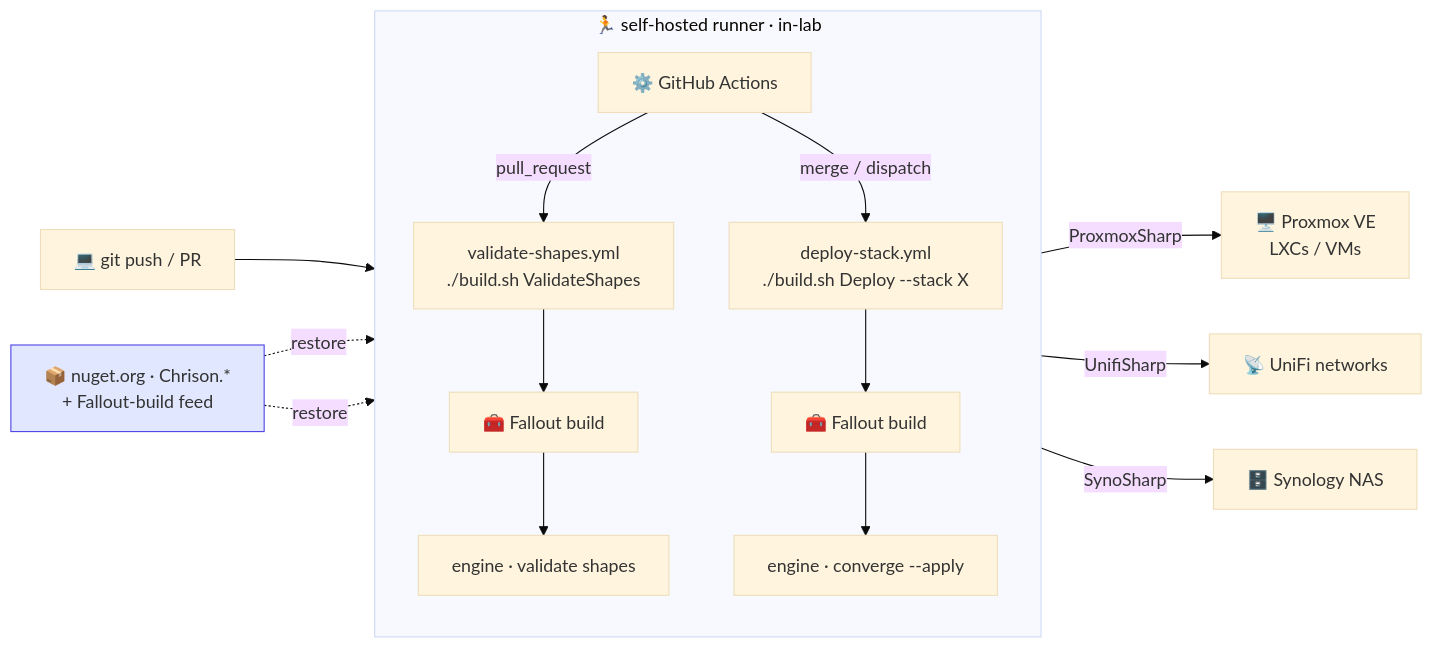
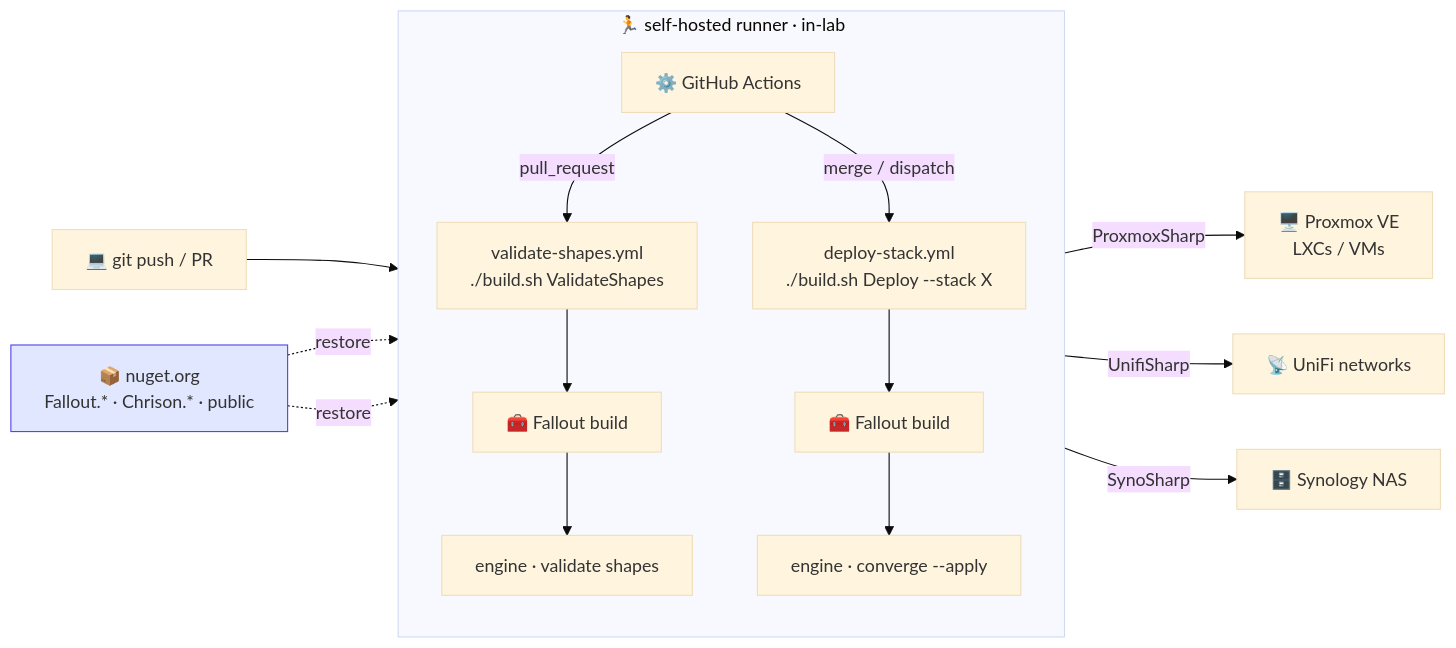
One commit to Chrison-Homelab/Homelab changed the second of 3 diagrams in README.md. Above: the diagram before and after it, drawn with Mermaid (base theme). The commit also changed other lines of this file and 11 other files, not shown here.

Commit message:
Move the build to Fallout 10.4.0 and drop the GitHub Packages feed

````diff
--- a/README.md
+++ b/README.md
@@ -66,24 +66,24 @@
 ```mermaid
 flowchart LR
   Dev["💻 git push / PR"] --> GHA["⚙️ GitHub Actions"]
 
   subgraph Runner["🏃 self-hosted runner · in-lab"]
     direction TB
     GHA -->|"pull_request"| VAL["validate-shapes.yml<br/>./build.sh ValidateShapes"]
     GHA -->|"merge / dispatch"| DEP["deploy-stack.yml<br/>./build.sh Deploy --stack X"]
     VAL --> FO1["🧰 Fallout build"]
     DEP --> FO2["🧰 Fallout build"]
     FO1 --> ENGV["engine · validate shapes"]
     FO2 --> ENGC["engine · converge --apply"]
   end
 
-  FEEDS["📦 nuget.org · Chrison.*<br/>+ Fallout-build feed"] -. restore .-> FO1
+  FEEDS["📦 nuget.org<br/>Fallout.* · Chrison.* · public"] -. restore .-> FO1
   FEEDS -. restore .-> FO2
 
   ENGC -->|ProxmoxSharp| PVE["🖥️ Proxmox VE<br/>LXCs / VMs"]
   ENGC -->|UnifiSharp| UNI["📡 UniFi networks"]
   ENGC -->|SynoSharp| NAS["🗄️ Synology NAS"]
 
   classDef feed fill:#e0e7ff,stroke:#4f46e5;
   class FEEDS feed;
 ```
````
